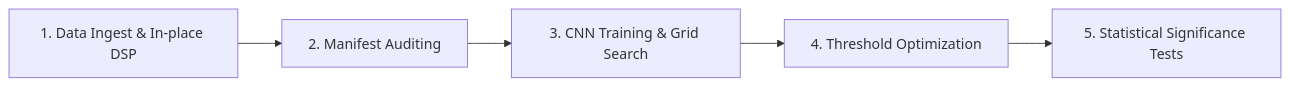
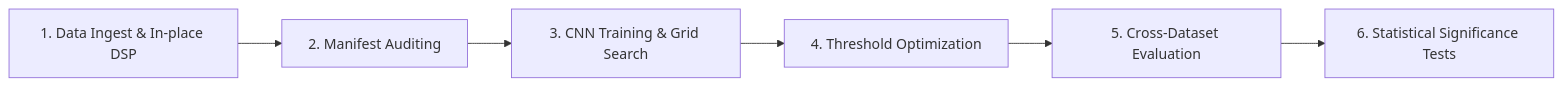
One commit to muhffikkri/arrhythmia-detection-1d-cnn changed the diagram in docs/pipeline.md. Above: the diagram before and after it, drawn with Mermaid. The commit also changed other lines of this file and 1 other file, not shown here.

First line of the commit message:
docs: refresh README and pipeline for unified runner, loader, cross-dataset eval

````diff
--- a/docs/pipeline.md
+++ b/docs/pipeline.md
@@ -11,7 +11,8 @@
 ```mermaid
 graph LR
     Ingest[1. Data Ingest & In-place DSP] --> Manifest[2. Manifest Auditing]
     Manifest --> Train[3. CNN Training & Grid Search]
     Train --> Tune[4. Threshold Optimization]
-    Tune --> Stats[5. Statistical Significance Tests]
+    Tune --> Cross[5. Cross-Dataset Evaluation]
+    Cross --> Stats[6. Statistical Significance Tests]
 ```
````
